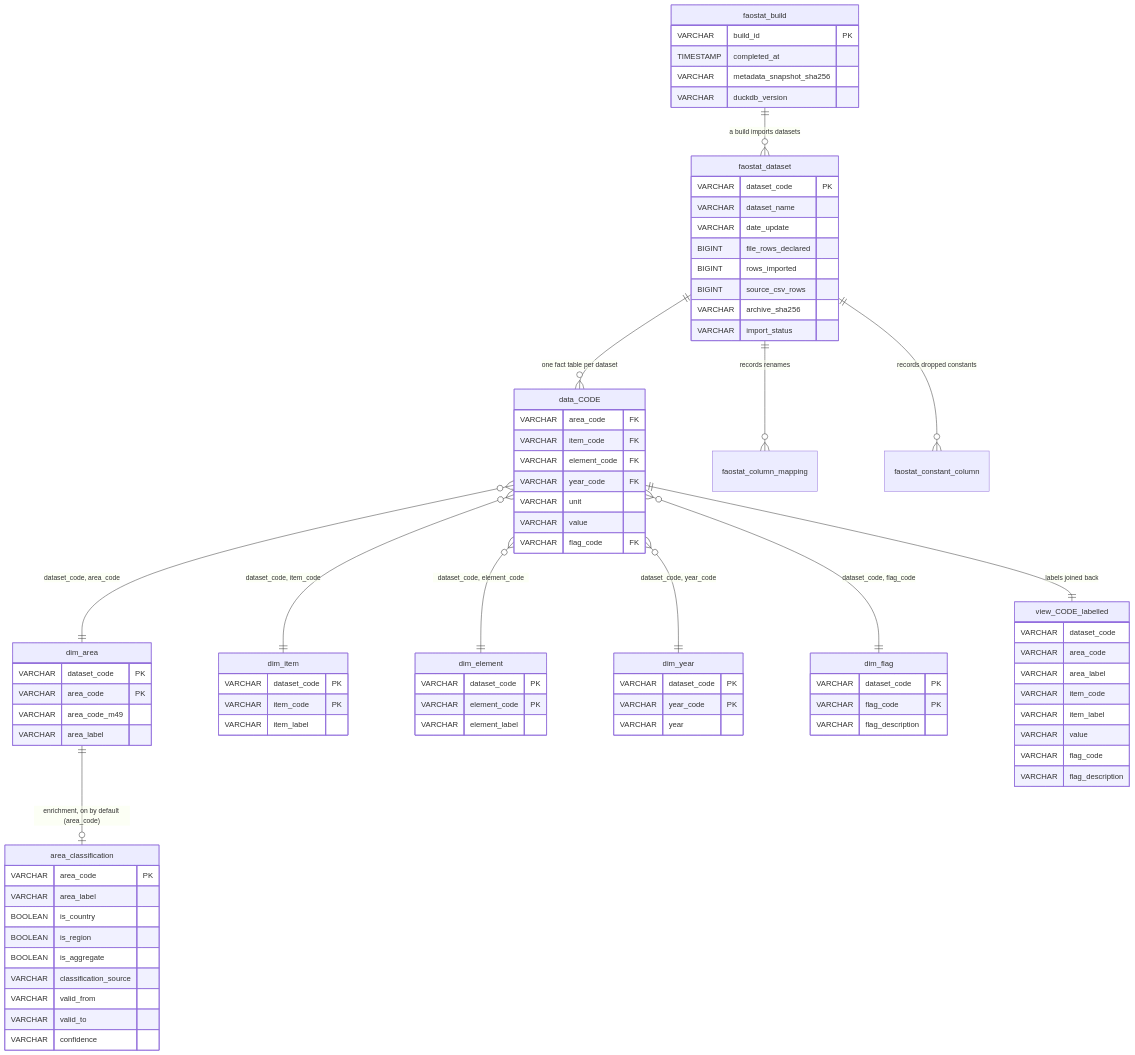
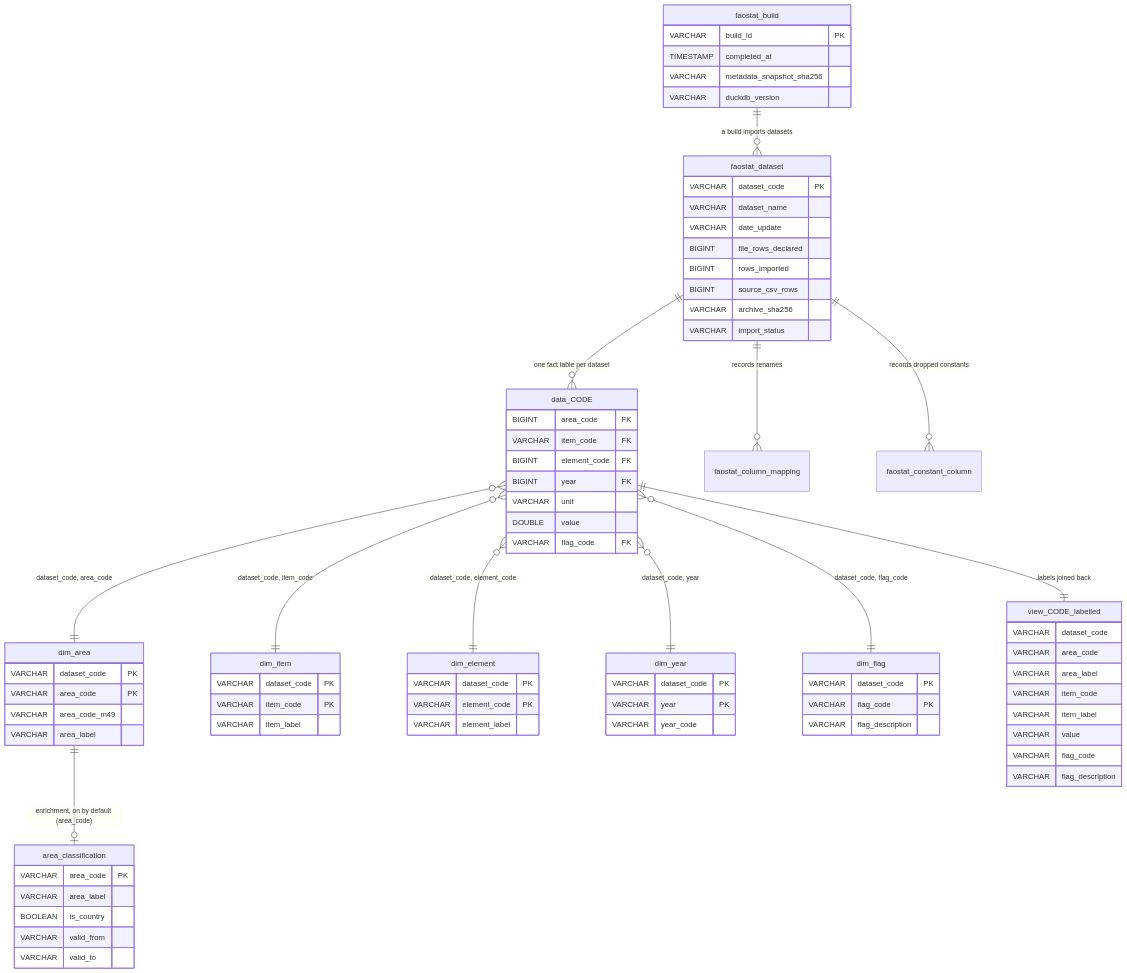
Before and after one commit to clara-roch/faostat-in-duckdb: the diagram in README.md, drawn with Mermaid. The commit also changed other lines of this file and 12 other files, not shown here.

````diff
--- a/README.md
+++ b/README.md
@@ -363,4 +271,4 @@
-```mermaid
+``` mermaid
 erDiagram
     faostat_dataset ||--o{ data_CODE : "one fact table per dataset"
     faostat_dataset ||--o{ faostat_column_mapping : "records renames"
@@ -370,7 +278,7 @@
     data_CODE }o--|| dim_area : "dataset_code, area_code"
     data_CODE }o--|| dim_item : "dataset_code, item_code"
     data_CODE }o--|| dim_element : "dataset_code, element_code"
-    data_CODE }o--|| dim_year : "dataset_code, year_code"
+    data_CODE }o--|| dim_year : "dataset_code, year"
     data_CODE }o--|| dim_flag : "dataset_code, flag_code"
     data_CODE ||--|| view_CODE_labelled : "labels joined back"
     dim_area ||--o| area_classification : "enrichment, on by default (area_code)"
@@ -392,12 +300,12 @@
         VARCHAR duckdb_version
     }
     data_CODE {
-        VARCHAR area_code FK
+        BIGINT  area_code FK
         VARCHAR item_code FK
-        VARCHAR element_code FK
-        VARCHAR year_code FK
+        BIGINT  element_code FK
+        BIGINT  year FK
         VARCHAR unit
-        VARCHAR value
+        DOUBLE  value
         VARCHAR flag_code FK
     }
     dim_area {
@@ -418,8 +326,8 @@
     }
     dim_year {
         VARCHAR dataset_code PK
-        VARCHAR year_code PK
-        VARCHAR year
+        VARCHAR year PK
+        VARCHAR year_code
     }
     dim_flag {
         VARCHAR dataset_code PK
@@ -440,11 +348,7 @@
         VARCHAR area_code PK
         VARCHAR area_label
         BOOLEAN is_country
-        BOOLEAN is_region
-        BOOLEAN is_aggregate
-        VARCHAR classification_source
         VARCHAR valid_from
         VARCHAR valid_to
-        VARCHAR confidence
     }
 ```
````
